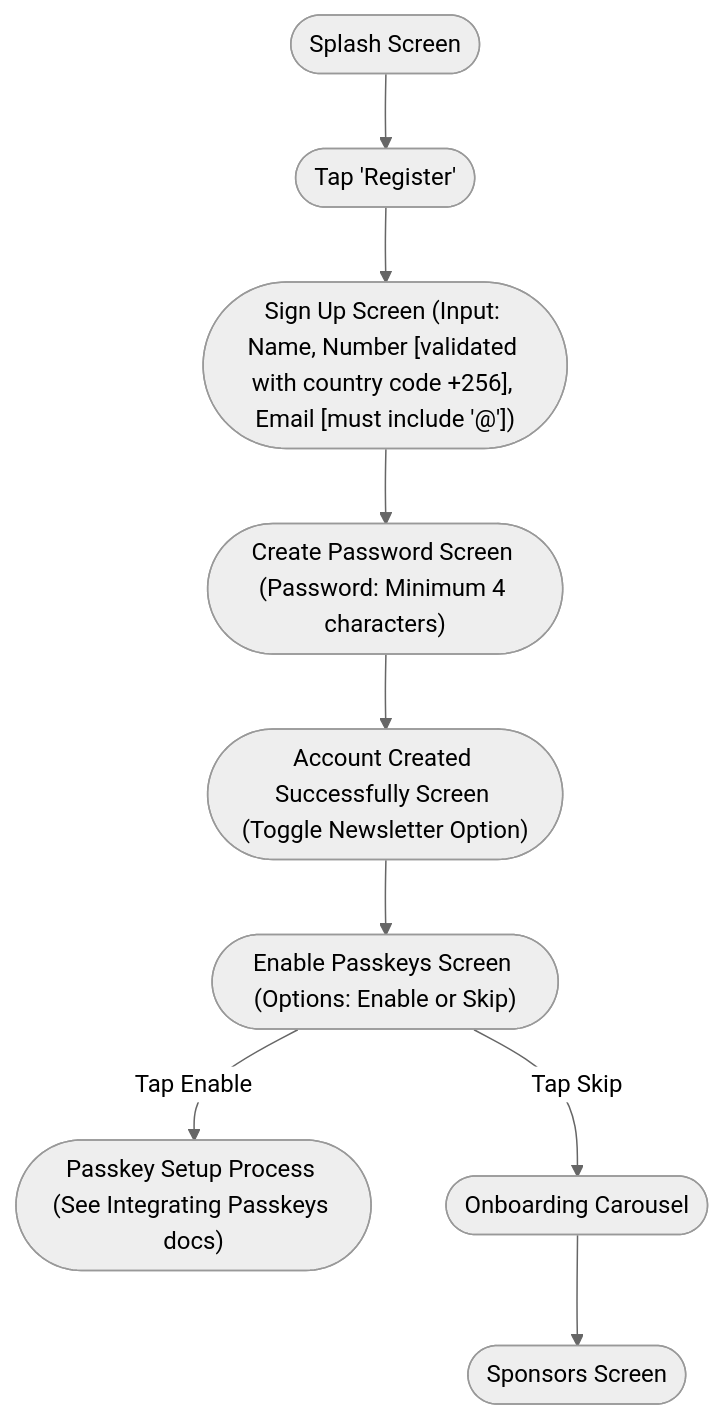
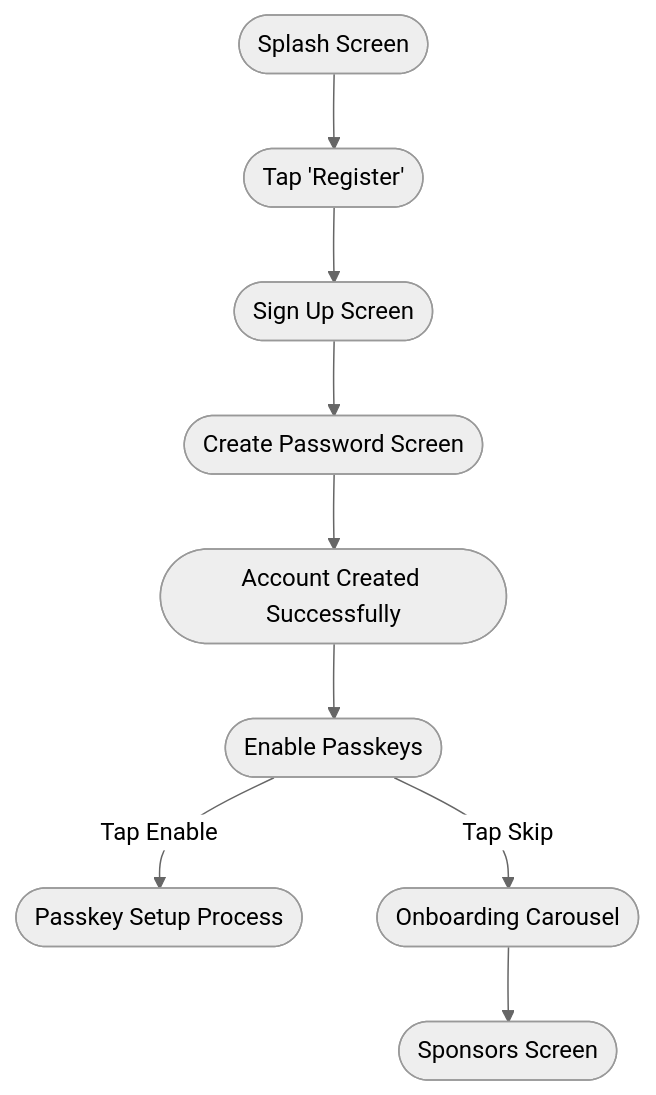
The second of 6 diagrams in docs/user-flows.md (Tiba-Inc/Design-Docs), drawn with Mermaid (neutral theme) before and after one commit.

````diff
--- a/docs/user-flows.md
+++ b/docs/user-flows.md
@@ -53,11 +53,11 @@
 ```mermaid
 flowchart TD
     A(["Splash Screen"]) --> B(["Tap 'Register'"])
-    B --> C(["Sign Up Screen (Input: Name, Number [validated with country code +256], Email [must include '@'])"])
-    C --> D(["Create Password Screen (Password: Minimum 4 characters)"])
-    D --> E(["Account Created Successfully Screen (Toggle Newsletter Option)"])
-    E --> F(["Enable Passkeys Screen (Options: Enable or Skip)"])
-    F -- "Tap Enable" --> G(["Passkey Setup Process (See Integrating Passkeys docs)"])
+    B --> C(["Sign Up Screen"])
+    C --> D(["Create Password Screen"])
+    D --> E(["Account Created Successfully"])
+    E --> F(["Enable Passkeys"])
+    F -- "Tap Enable" --> G(["Passkey Setup Process"])
     F -- "Tap Skip" --> H(["Onboarding Carousel"])
     H --> I(["Sponsors Screen"])
 ```
````
